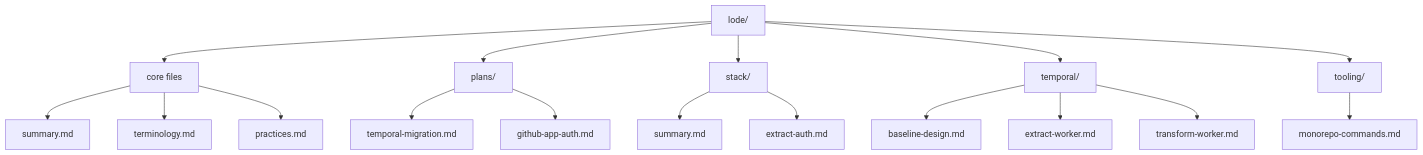
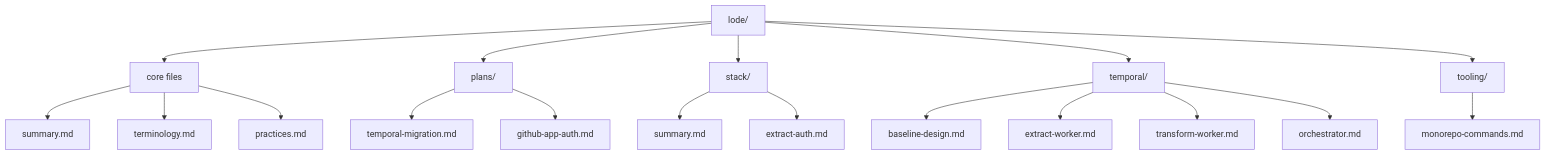
Before and after one commit to dxta-dev/pipeline: the diagram in lode/lode-map.md, drawn with Mermaid. The commit also changed other lines of this file and 12 other files, not shown here.

````diff
--- a/lode/lode-map.md
+++ b/lode/lode-map.md
@@ -45,19 +47,20 @@
 ```mermaid
 flowchart TD
   lode[lode/] --> core[core files]
   lode --> plans[plans/]
   lode --> stack[stack/]
   lode --> temporal[temporal/]
   lode --> tooling[tooling/]
   core --> summary[summary.md]
   core --> terminology[terminology.md]
   core --> practices[practices.md]
   plans --> migration[temporal-migration.md]
   plans --> githubAuth[github-app-auth.md]
   stack --> stackSummary[summary.md]
   stack --> stackAuth[extract-auth.md]
   tooling --> commands[monorepo-commands.md]
   temporal --> baseline[baseline-design.md]
   temporal --> extractWorker[extract-worker.md]
   temporal --> transformWorker[transform-worker.md]
+  temporal --> orchestrator[orchestrator.md]
 ```
````
